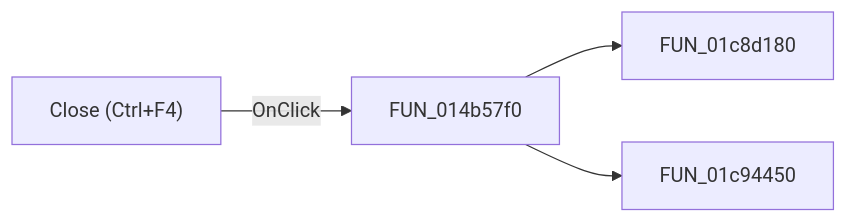
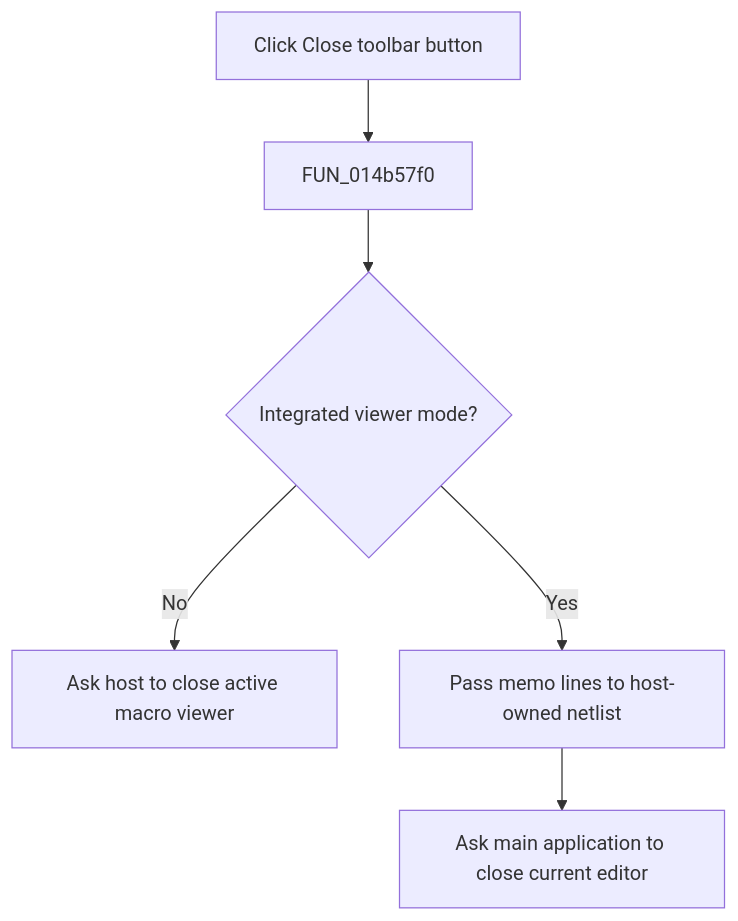
Before and after one commit to MovGP0/TIARA: the diagram in docs/ui-controls/netlistviewer/toolclose-435c15bc93.md, drawn with Mermaid. The commit also changed other lines of this file and 1062 other files, not shown here.

````diff
--- a/docs/ui-controls/netlistviewer/toolclose-435c15bc93.md
+++ b/docs/ui-controls/netlistviewer/toolclose-435c15bc93.md
@@ -27,6 +27,8 @@
 ```mermaid
-flowchart LR
-    control["Close (Ctrl+F4)"] -->|OnClick| handler["FUN_014b57f0"]
-    handler --> call1["FUN_01c8d180"]
-    handler --> call2["FUN_01c94450"]
+flowchart TD
+    control["Click Close toolbar button"] --> handler["FUN_014b57f0"]
+    handler --> mode{"Integrated viewer mode?"}
+    mode -->|No| macro["Ask host to close active macro viewer"]
+    mode -->|Yes| stage["Pass memo lines to host-owned netlist"]
+    stage --> editor["Ask main application to close current editor"]
 ```
````
